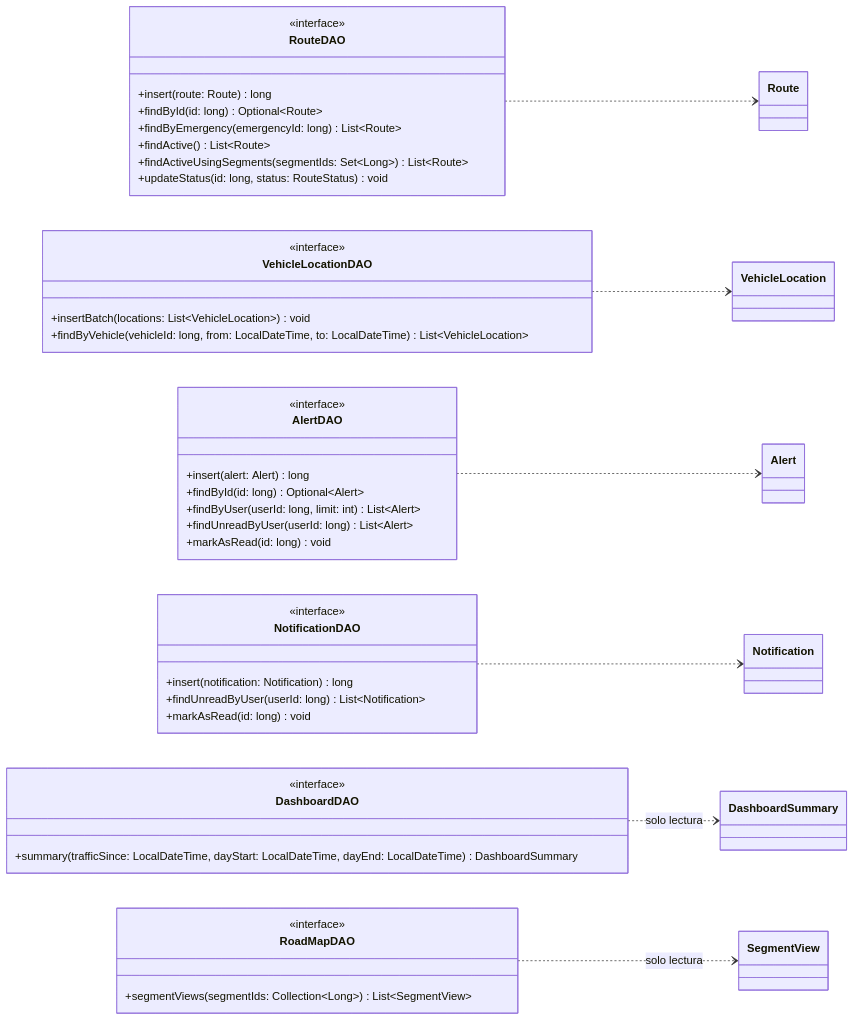
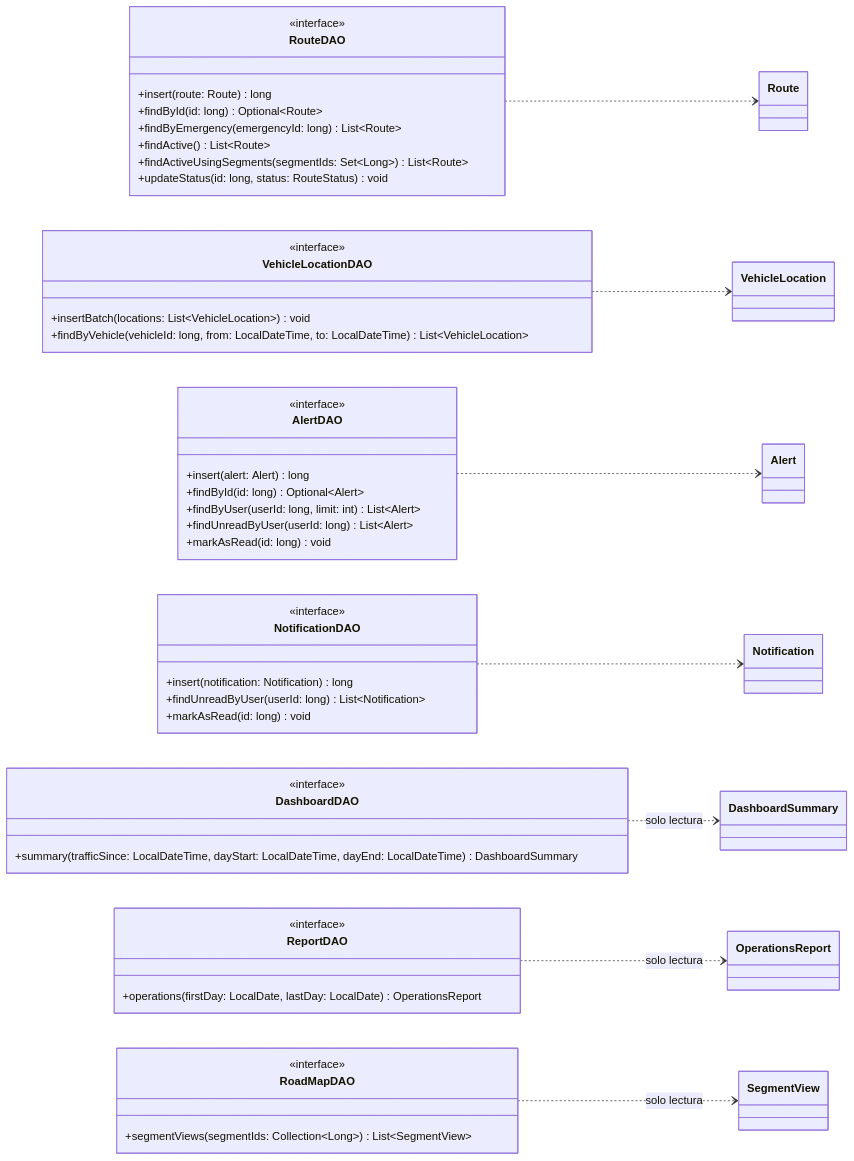
One commit to afzabaleta/RutaVida changed diagram 13 of 24 in docs/class-diagram.md. Above: the diagram before and after it, drawn with Mermaid. The commit also changed other lines of this file and 2 other files, not shown here.

Commit message:
docs: document-operations-report-api

````diff
--- a/docs/class-diagram.md
+++ b/docs/class-diagram.md
@@ -814,62 +814,68 @@
 ```mermaid
 ---
 config:
   markdownAutoWrap: false
 ---
 classDiagram
     direction LR
 
     class RouteDAO {
         <<interface>>
         +insert(route: Route) long
         +findById(id: long) Optional~Route~
         +findByEmergency(emergencyId: long) List~Route~
         +findActive() List~Route~
         +findActiveUsingSegments(segmentIds: Set~Long~) List~Route~
         +updateStatus(id: long, status: RouteStatus) void
     }
     class VehicleLocationDAO {
         <<interface>>
         +insertBatch(locations: List~VehicleLocation~) void
         +findByVehicle(vehicleId: long, from: LocalDateTime, to: LocalDateTime) List~VehicleLocation~
     }
         class AlertDAO {
         <<interface>>
         +insert(alert: Alert) long
         +findById(id: long) Optional~Alert~
         +findByUser(userId: long, limit: int) List~Alert~
         +findUnreadByUser(userId: long) List~Alert~
         +markAsRead(id: long) void
     }
     class NotificationDAO {
         <<interface>>
         +insert(notification: Notification) long
         +findUnreadByUser(userId: long) List~Notification~
         +markAsRead(id: long) void
     }
 
     class DashboardDAO {
         <<interface>>
         +summary(trafficSince: LocalDateTime, dayStart: LocalDateTime, dayEnd: LocalDateTime) DashboardSummary
     }
+    class ReportDAO {
+        <<interface>>
+        +operations(firstDay: LocalDate, lastDay: LocalDate) OperationsReport
+    }
 
     class RoadMapDAO {
         <<interface>>
         +segmentViews(segmentIds: Collection~Long~) List~SegmentView~
     }
 
     class Route
     class VehicleLocation
     class Alert
     class Notification
     class DashboardSummary
+    class OperationsReport
     class SegmentView
 
 
     RouteDAO ..> Route
     VehicleLocationDAO ..> VehicleLocation
     AlertDAO ..> Alert
     NotificationDAO ..> Notification
     DashboardDAO ..> DashboardSummary : solo lectura
+    ReportDAO ..> OperationsReport : solo lectura
     RoadMapDAO ..> SegmentView : solo lectura
 ```
````
